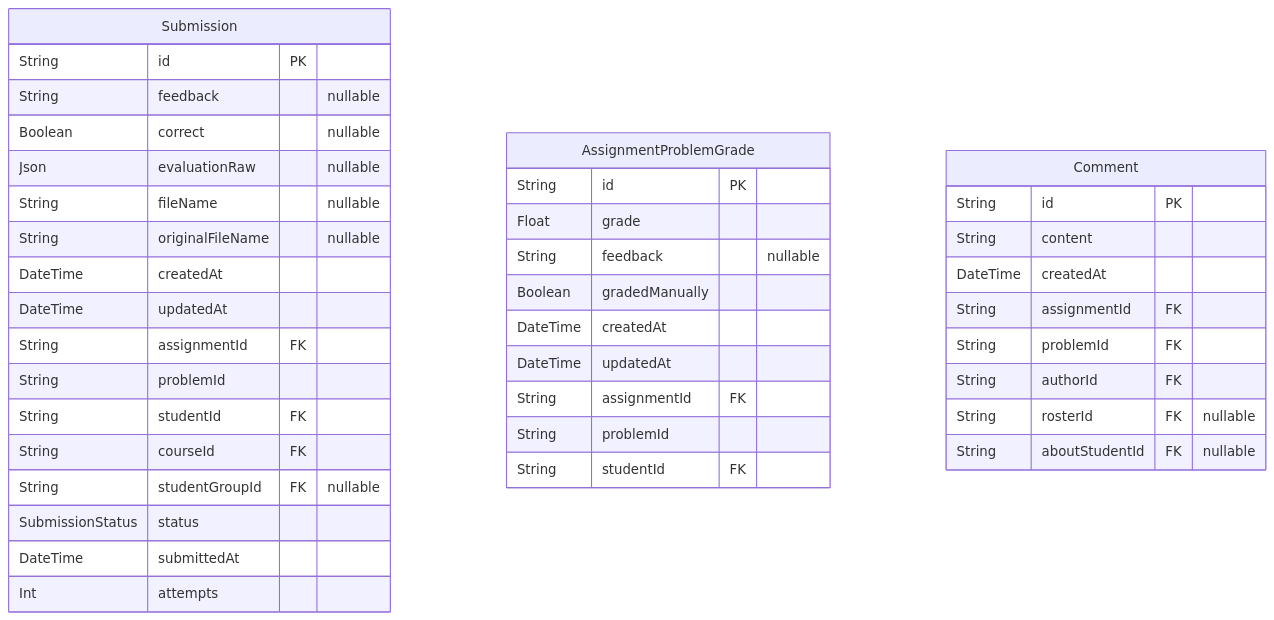
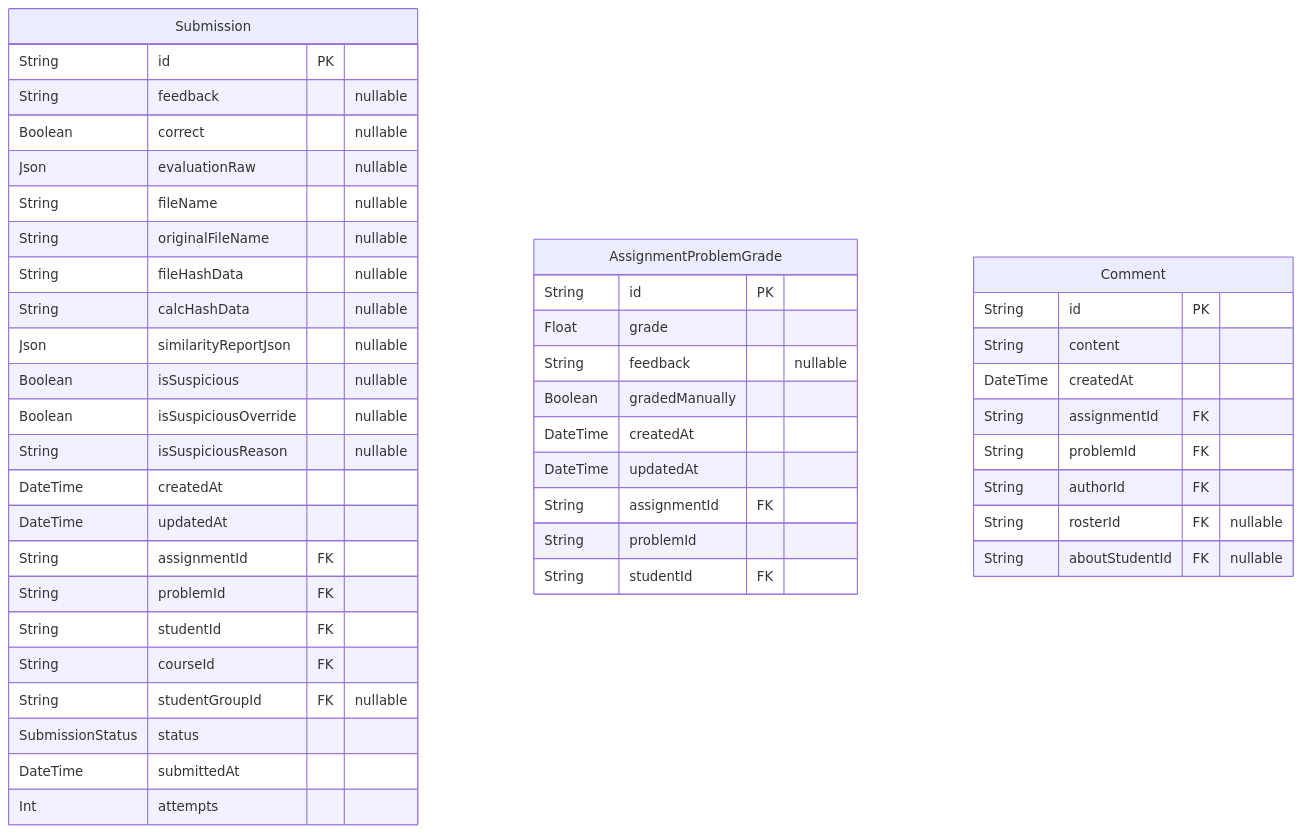
One commit to PennStateCS/AFCT changed the fourth of 5 diagrams in docs-site/docs/reference/database-schema.md. Above: the diagram before and after it, drawn with Mermaid. The commit also changed other lines of this file and 2 other files, not shown here.

Commit message:
Updated schema, submission worker logger, and plagerism checks

````diff
--- a/docs-site/docs/reference/database-schema.md
+++ b/docs-site/docs/reference/database-schema.md
@@ -479,42 +479,48 @@
 ```mermaid
 erDiagram
 "Submission" {
   String id PK
   String feedback "nullable"
   Boolean correct "nullable"
   Json evaluationRaw "nullable"
   String fileName "nullable"
   String originalFileName "nullable"
+  String fileHashData "nullable"
+  String calcHashData "nullable"
+  Json similarityReportJson "nullable"
+  Boolean isSuspicious "nullable"
+  Boolean isSuspiciousOverride "nullable"
+  String isSuspiciousReason "nullable"
   DateTime createdAt
   DateTime updatedAt
   String assignmentId FK
-  String problemId
+  String problemId FK
   String studentId FK
   String courseId FK
   String studentGroupId FK "nullable"
   SubmissionStatus status
   DateTime submittedAt
   Int attempts
 }
 "AssignmentProblemGrade" {
   String id PK
   Float grade
   String feedback "nullable"
   Boolean gradedManually
   DateTime createdAt
   DateTime updatedAt
   String assignmentId FK
   String problemId
   String studentId FK
 }
 "Comment" {
   String id PK
   String content
   DateTime createdAt
   String assignmentId FK
   String problemId FK
   String authorId FK
   String rosterId FK "nullable"
   String aboutStudentId FK "nullable"
 }
 ```
````
